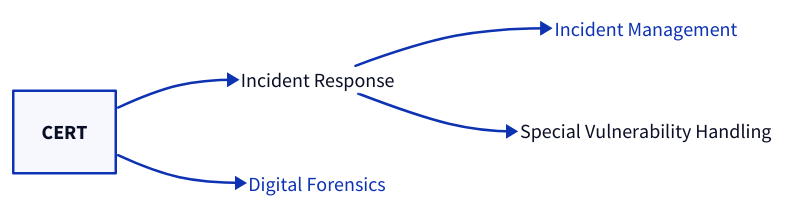
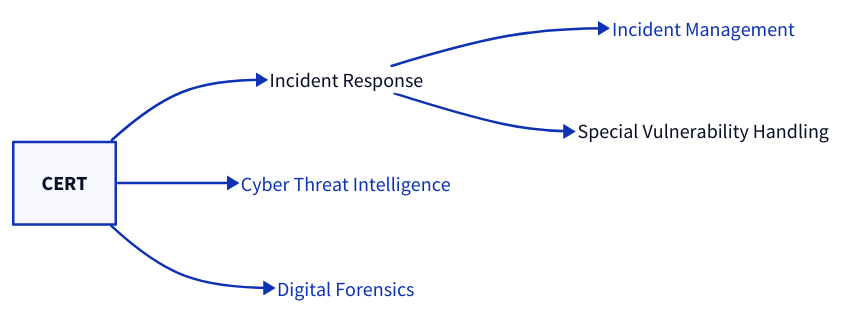
The diagram in content/index.md (cyberpetrol/security-mindmaps), drawn with D2 before and after one commit. The commit also changed 1 other file, not shown here.

Commit message:
feat: cti mindmap (#2)

````diff
--- a/content/index.md
+++ b/content/index.md
@@ -1,16 +1,20 @@
 ```d2
 direction: right
 
 CERT -> Incident Response
 Incident Response.shape: text
 Incident Response -> Incident Management
 Incident Management: |md
     [Incident Management](incident-management.html)
 |
 Incident Response -> Special Vulnerability Handling
 Special Vulnerability Handling.shape: text
+CERT -> Cyber Threat Intelligence
+Cyber Threat Intelligence: |md
+    [Cyber Threat Intelligence](cyber-threat-intelligence.html)
+|
 CERT -> Digital Forensics
 Digital Forensics: |md
     [Digital Forensics](digital-forensics.html)
 |
 ```
````
